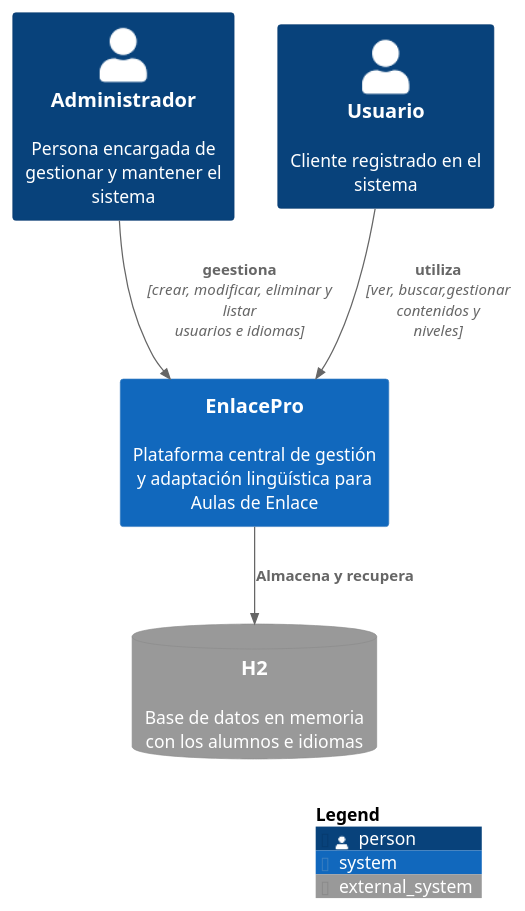
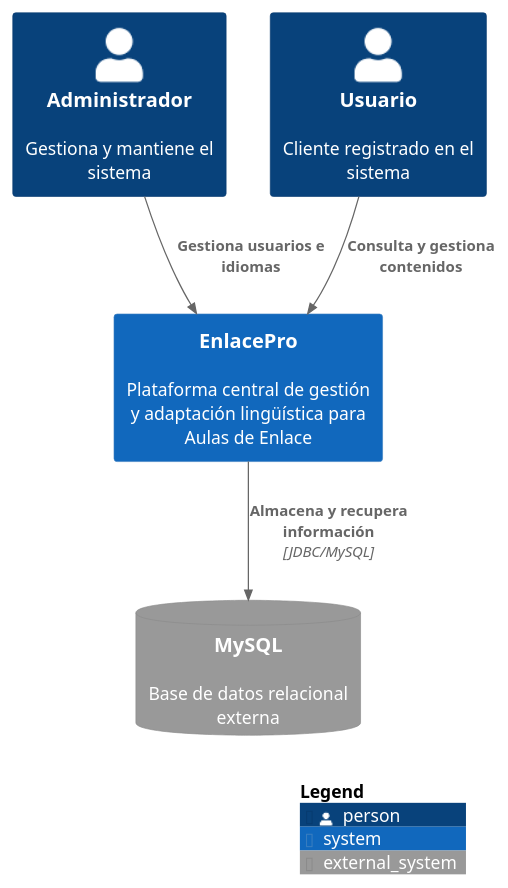
The diagram in design/modelo_c4/diagrama_contexto.puml (HananeHB/proyecto_Enlace_Pro), drawn with PlantUML before and after one commit. The commit also changed 1 other file, not shown here.

```diff
--- a/design/modelo_c4/diagrama_contexto.puml
+++ b/design/modelo_c4/diagrama_contexto.puml
@@ -1,23 +1,17 @@
 @startuml diagrama_contexto
 !include https://raw.githubusercontent.com/plantuml-stdlib/C4-PlantUML/master/C4_Context.puml
 
-' -- Actores --'
-Person(rol_administrador, "Administrador", "Persona encargada de gestionar y mantener el sistema")
+Person(rol_administrador, "Administrador", "Gestiona y mantiene el sistema")
 Person(rol_usuario, "Usuario", "Cliente registrado en el sistema")
 
-' --Sistemas central --'
 System(systemAlias, "EnlacePro", "Plataforma central de gestión y adaptación lingüística para Aulas de Enlace")
 
-'--Sistemas externos--'
-SystemDb_Ext(database, "H2","Base de datos en memoria  con los alumnos e idiomas")
+SystemDb_Ext(database, "MySQL", "Base de datos relacional externa")
 
-' --Rlaciones-- '
-Rel(rol_administrador, systemAlias, "geestiona", "crear, modificar, eliminar y listar usuarios e idiomas")
-Rel(rol_usuario, systemAlias, "utiliza", "ver, buscar,gestionar contenidos y niveles")
+Rel(rol_administrador, systemAlias, "Gestiona usuarios e idiomas")
+Rel(rol_usuario, systemAlias, "Consulta y gestiona contenidos")
+Rel(systemAlias, database, "Almacena y recupera información", "JDBC/MySQL")
 
-Rel(systemAlias , database, "Almacena y recupera")
-
-'--Leyenda--'
 SHOW_LEGEND()
 
 @enduml
```
